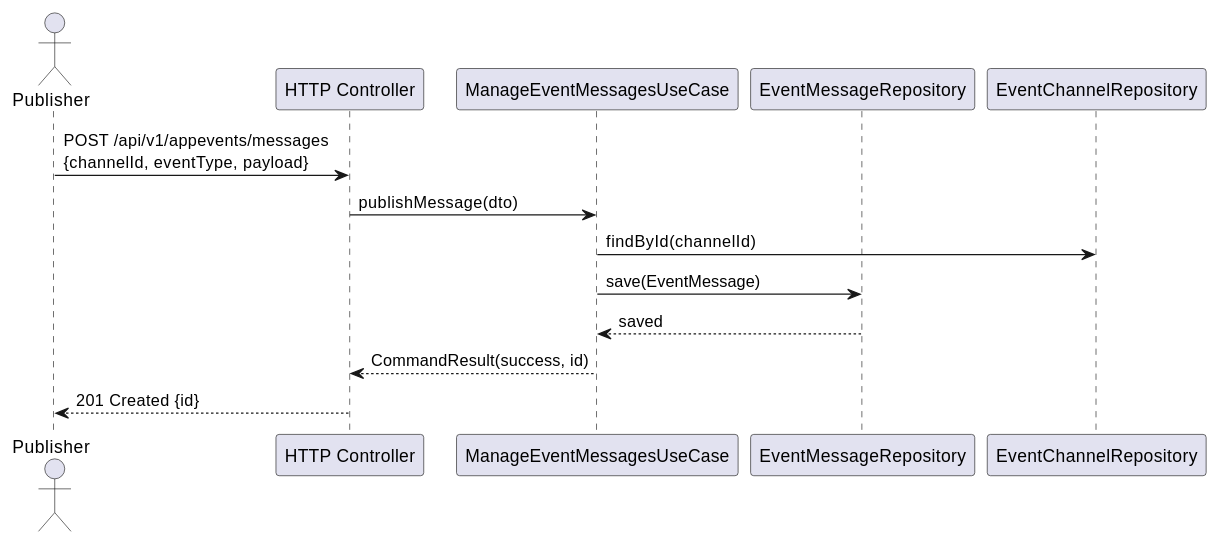
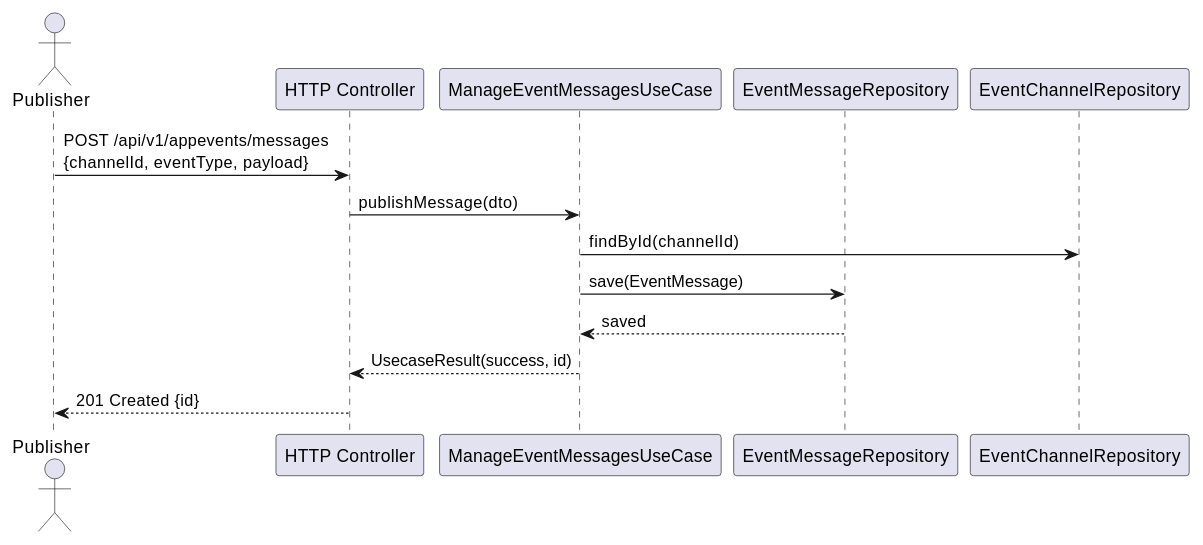
The second of 3 diagrams in application-events/UML.md (UIMSolutions/uim-platform), drawn with PlantUML before and after one commit. The commit also changed 907 other files, not shown here.

Commit message:
Rename CommandResult

````diff
--- a/application-events/UML.md
+++ b/application-events/UML.md
@@ -133,17 +133,17 @@
 ```plantuml
 @startuml
 actor Publisher
 participant "HTTP Controller" as HC
 participant "ManageEventMessagesUseCase" as UC
 participant "EventMessageRepository" as Repo
 participant "EventChannelRepository" as ChanRepo
 
 Publisher -> HC : POST /api/v1/appevents/messages\n{channelId, eventType, payload}
 HC -> UC : publishMessage(dto)
 UC -> ChanRepo : findById(channelId)
 UC -> Repo : save(EventMessage)
 Repo --> UC : saved
-UC --> HC : CommandResult(success, id)
+UC --> HC : UsecaseResult(success, id)
 HC --> Publisher : 201 Created {id}
 @enduml
 ```
````
